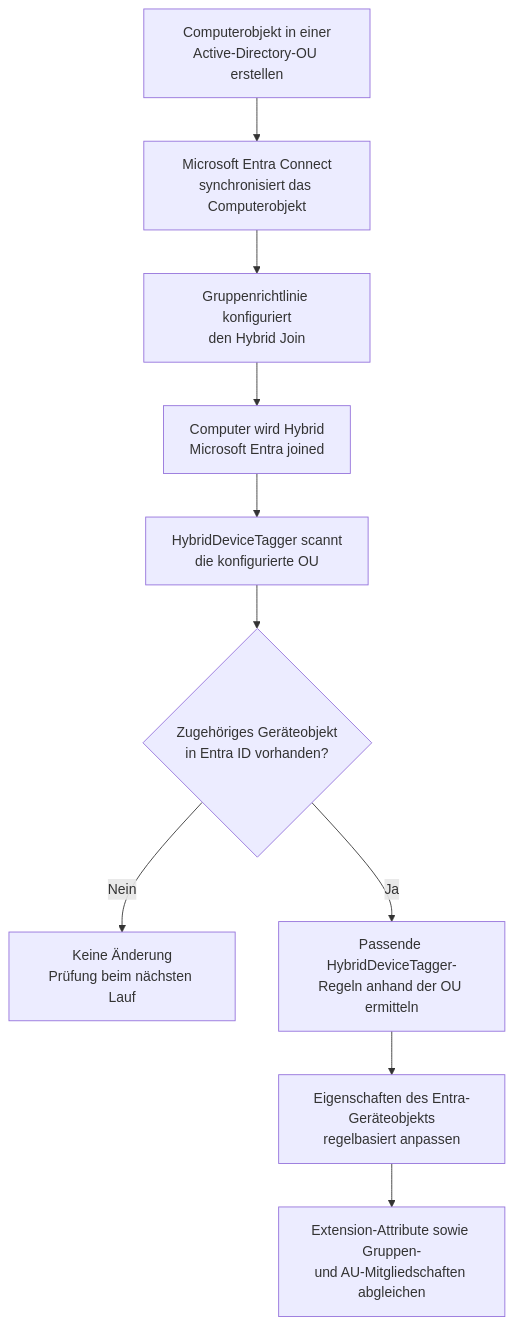
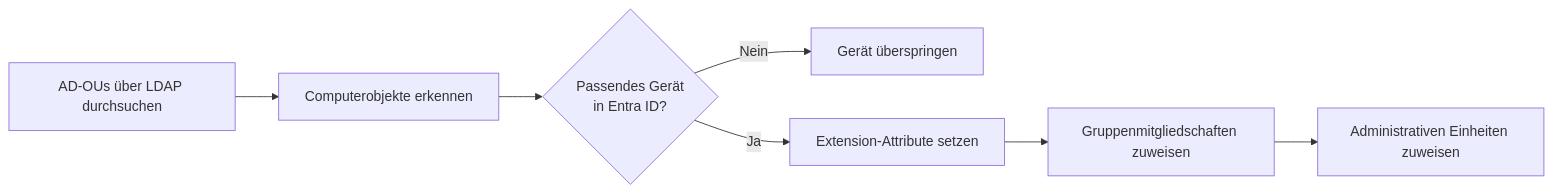
One commit to Kili69/HybridDeviceTagger changed the diagram in readme.md. Above: the diagram before and after it, drawn with Mermaid. The commit also changed other lines of this file and 21 other files, not shown here.

````diff
--- a/readme.md
+++ b/readme.md
@@ -25,13 +15,9 @@
 ```mermaid
-flowchart TD
-A[Computerobjekt in einer<br/>Active-Directory-OU erstellen]
-A --> B[Microsoft Entra Connect<br/>synchronisiert das Computerobjekt]
-B --> C[Gruppenrichtlinie konfiguriert<br/>den Hybrid Join]
-C --> D[Computer wird Hybrid<br/>Microsoft Entra joined]
-D --> E[HybridDeviceTagger scannt<br/>die konfigurierte OU]
-E --> F{Zugehöriges Geräteobjekt<br/>in Entra ID vorhanden?}
-F -- Nein --> G[Keine Änderung<br/>Prüfung beim nächsten Lauf]
-F -- Ja --> H[Passende HybridDeviceTagger-<br/>Regeln anhand der OU ermitteln]
-H --> I[Eigenschaften des Entra-Geräteobjekts<br/>regelbasiert anpassen]
-I --> J[Extension-Attribute sowie Gruppen-<br/>und AU-Mitgliedschaften abgleichen]
+flowchart LR
+	A[AD-OUs über LDAP durchsuchen] --> B[Computerobjekte erkennen]
+	B --> C{Passendes Gerät<br/>in Entra ID?}
+	C -->|Nein| D[Gerät überspringen]
+	C -->|Ja| E[Extension-Attribute setzen]
+	E --> F[Gruppenmitgliedschaften zuweisen]
+	F --> G[Administrativen Einheiten zuweisen]
 ```
````
